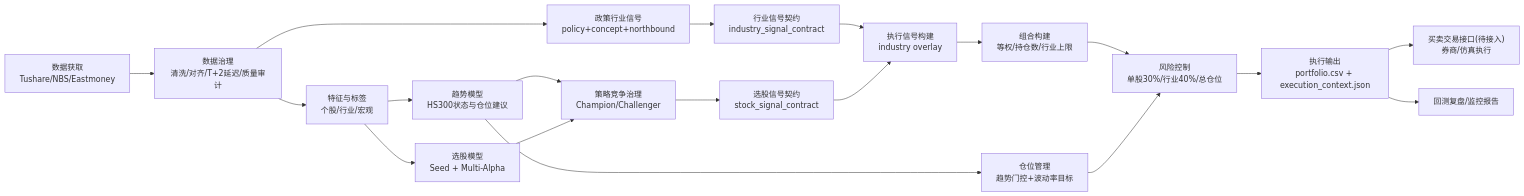
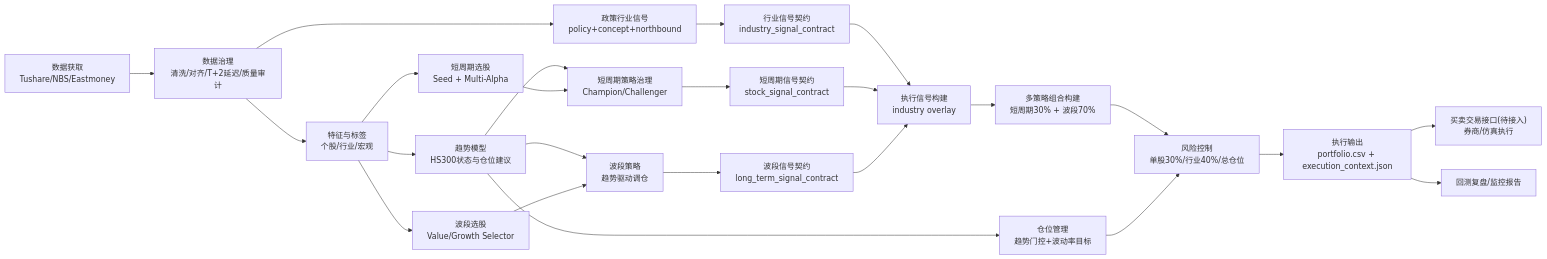
The diagram in docs/2.1 Sage股票智能交易平台总架构设计文档.md (xiaoguangdong/Sage), drawn with Mermaid before and after one commit. The commit also changed other lines of this file and 17 other files, not shown here.

````diff
--- a/docs/2.1 Sage股票智能交易平台总架构设计文档.md
+++ b/docs/2.1 Sage股票智能交易平台总架构设计文档.md
@@ -57,21 +57,26 @@
 ```mermaid
 flowchart LR
   A["数据获取<br/>Tushare/NBS/Eastmoney"] --> B["数据治理<br/>清洗/对齐/T+2延迟/质量审计"]
   B --> C["特征与标签<br/>个股/行业/宏观"]
   C --> D["趋势模型<br/>HS300状态与仓位建议"]
-  C --> E["选股模型<br/>Seed + Multi-Alpha"]
+  C --> E1["短周期选股<br/>Seed + Multi-Alpha"]
+  C --> E2["波段选股<br/>Value/Growth Selector"]
   B --> F["政策行业信号<br/>policy+concept+northbound"]
-  D --> G["策略竞争治理<br/>Champion/Challenger"]
-  E --> G
+  D --> G1["短周期策略治理<br/>Champion/Challenger"]
+  E1 --> G1
+  D --> G2["波段策略<br/>趋势驱动调仓"]
+  E2 --> G2
   F --> H["行业信号契约<br/>industry_signal_contract"]
-  G --> I["选股信号契约<br/>stock_signal_contract"]
+  G1 --> I1["短周期信号契约<br/>stock_signal_contract"]
+  G2 --> I2["波段信号契约<br/>long_term_signal_contract"]
   H --> J["执行信号构建<br/>industry overlay"]
-  I --> J
-  J --> K["组合构建<br/>等权/持仓数/行业上限"]
+  I1 --> J
+  I2 --> J
+  J --> K["多策略组合构建<br/>短周期30% + 波段70%"]
   D --> L["仓位管理<br/>趋势门控+波动率目标"]
   K --> M["风险控制<br/>单股30%/行业40%/总仓位"]
   L --> M
   M --> N["执行输出<br/>portfolio.csv + execution_context.json"]
   N --> O["买卖交易接口(待接入)<br/>券商/仿真执行"]
   N --> P["回测复盘/监控报告"]
 ```
````
